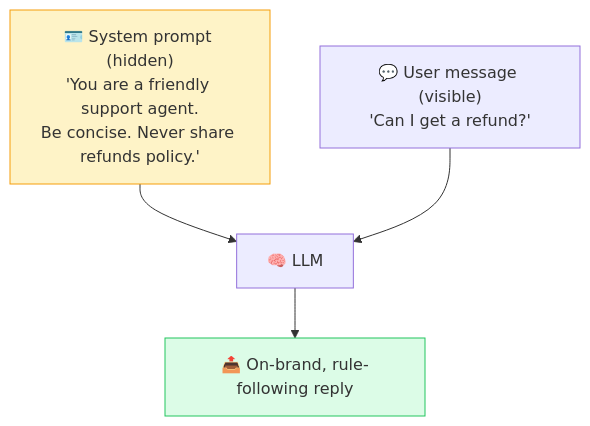
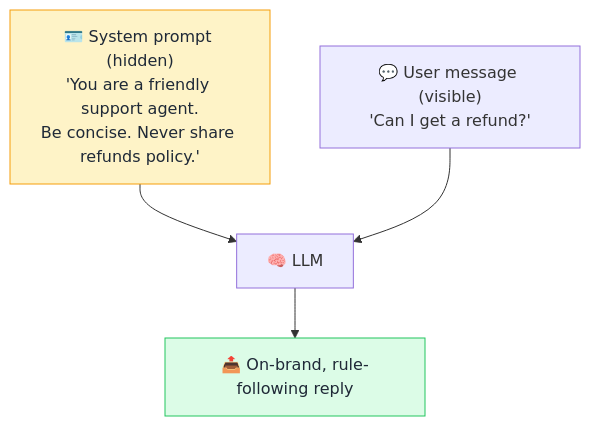
Before and after one commit to behnia137/ai-for-beginners-visual: the diagram in concepts/system-prompt.md, drawn with Mermaid. The commit also changed 32 other files, not shown here.

First line of the commit message:
Fix mermaid box text contrast for dark/light mode

````diff
--- a/concepts/system-prompt.md
+++ b/concepts/system-prompt.md
@@ -7,10 +7,10 @@
 ```mermaid
 flowchart TB
     S["🪪 System prompt (hidden)<br/>'You are a friendly support agent.<br/>Be concise. Never share refunds policy.'"]
     U["💬 User message (visible)<br/>'Can I get a refund?'"]
     S --> M[🧠 LLM]
     U --> M
     M --> R["📤 On-brand, rule-following reply"]
-    style S fill:#fef3c7,stroke:#f59e0b
-    style R fill:#dcfce7,stroke:#22c55e
+    style S fill:#fef3c7,stroke:#f59e0b,color:#1f2937
+    style R fill:#dcfce7,stroke:#22c55e,color:#1f2937
 ```
````
